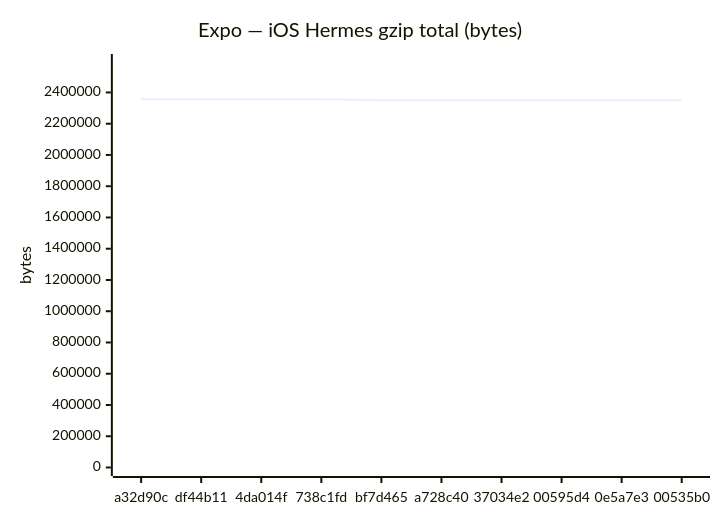
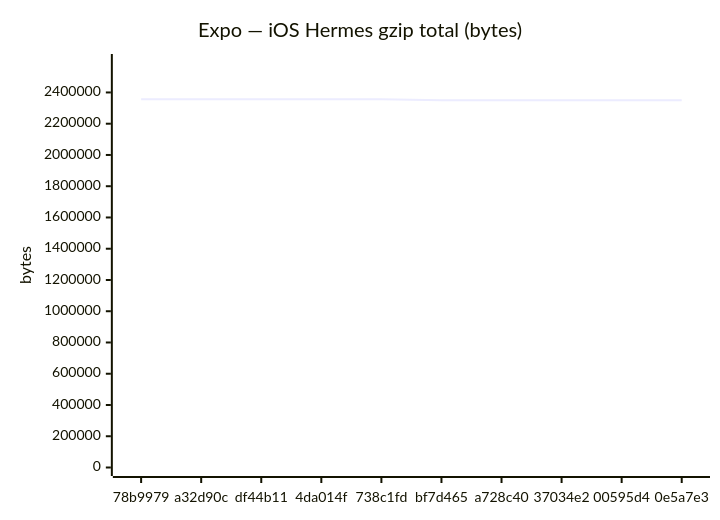
The eighth of 24 diagrams in benchmarks/compare.md (Metaheurist/Rianell), drawn with Mermaid before and after one commit. The commit also changed other lines of this file and 12 other files, not shown here.

````diff
--- a/benchmarks/compare.md
+++ b/benchmarks/compare.md
@@ -123,7 +123,7 @@
 ```mermaid
 xychart-beta
     title "Expo — iOS Hermes gzip total (bytes)"
-    x-axis ["a32d90c", "df44b11", "4da014f", "738c1fd", "bf7d465", "a728c40", "37034e2", "00595d4", "0e5a7e3", "00535b0"]
-    y-axis "bytes" 0 --> 2591666
-    line [2356058, 2356058, 2356060, 2356059, 2350178, 2350175, 2350043, 2350046, 2350041, 2349868]
+    x-axis ["78b9979", "a32d90c", "df44b11", "4da014f", "738c1fd", "bf7d465", "a728c40", "37034e2", "00595d4", "0e5a7e3"]
+    y-axis "bytes" 0 --> 2591695
+    line [2356086, 2356058, 2356058, 2356060, 2356059, 2350178, 2350175, 2350043, 2350046, 2350041]
 ```
````
